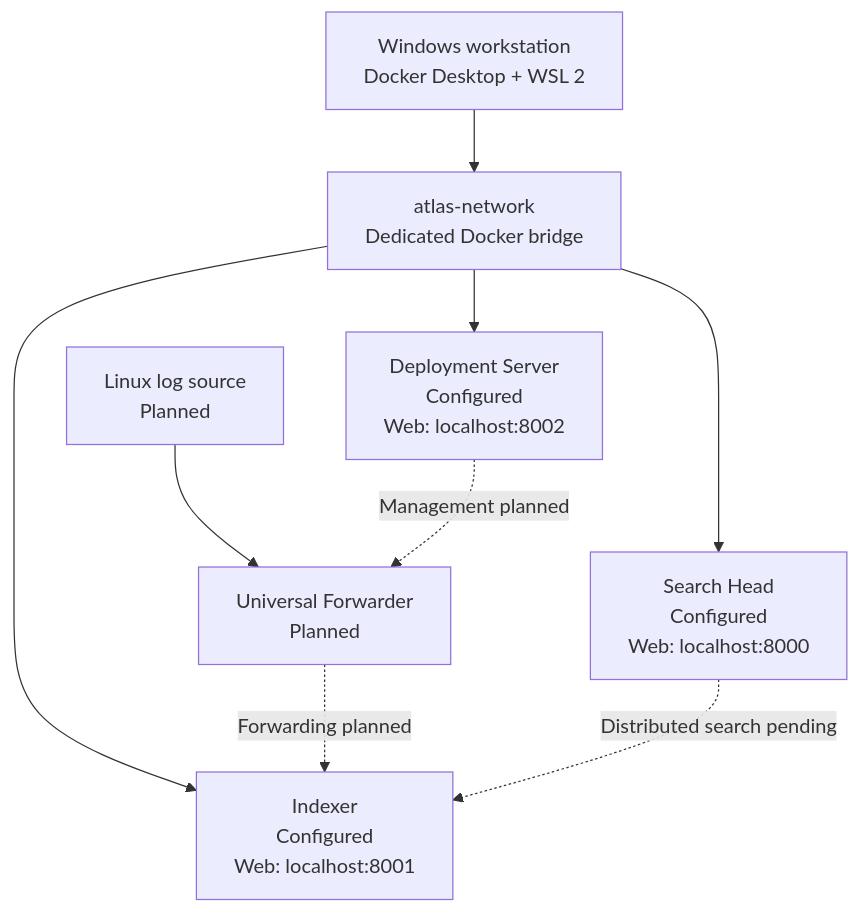
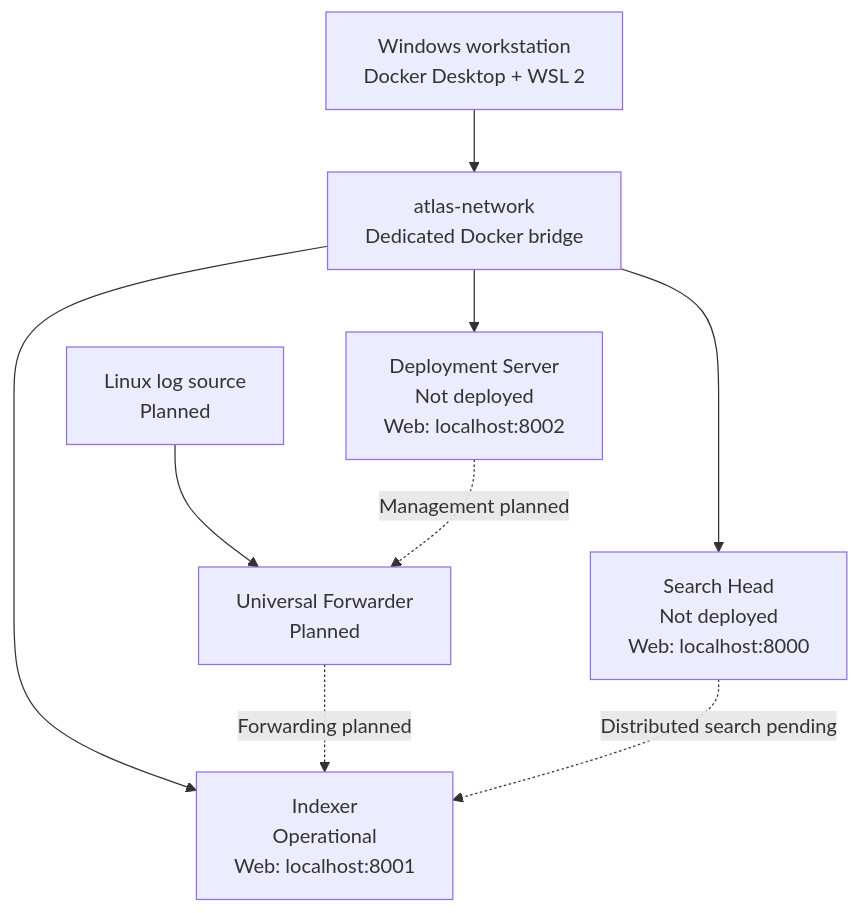
One commit to jannsenagustin/resumeops changed the diagram in docs/architecture.md. Above: the diagram before and after it, drawn with Mermaid. The commit also changed other lines of this file and 25 other files, not shown here.

````diff
--- a/docs/architecture.md
+++ b/docs/architecture.md
@@ -10,19 +10,19 @@
 ```mermaid
 flowchart TB
     Host["Windows workstation<br/>Docker Desktop + WSL 2"]
     Network["atlas-network<br/>Dedicated Docker bridge"]
-    SH["Search Head<br/>Configured<br/>Web: localhost:8000"]
-    IDX["Indexer<br/>Configured<br/>Web: localhost:8001"]
-    DS["Deployment Server<br/>Configured<br/>Web: localhost:8002"]
+    SH["Search Head<br/>Not deployed<br/>Web: localhost:8000"]
+    IDX["Indexer<br/>Operational<br/>Web: localhost:8001"]
+    DS["Deployment Server<br/>Not deployed<br/>Web: localhost:8002"]
     Linux["Linux log source<br/>Planned"]
     UF["Universal Forwarder<br/>Planned"]
 
     Host --> Network
     Network --> SH
     Network --> IDX
     Network --> DS
     Linux --> UF
     UF -. "Forwarding planned" .-> IDX
     SH -. "Distributed search pending" .-> IDX
     DS -. "Management planned" .-> UF
 ```
````
